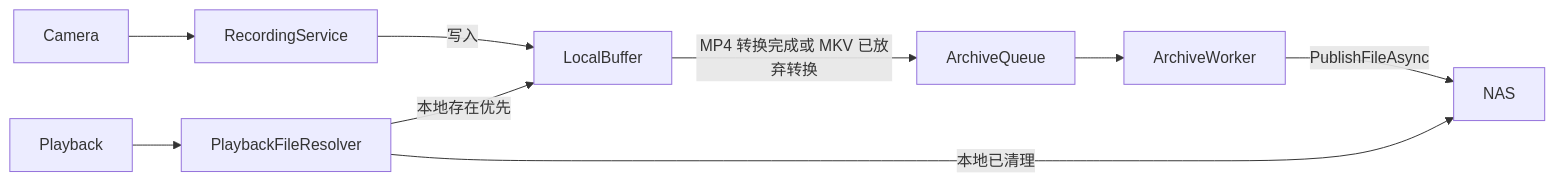
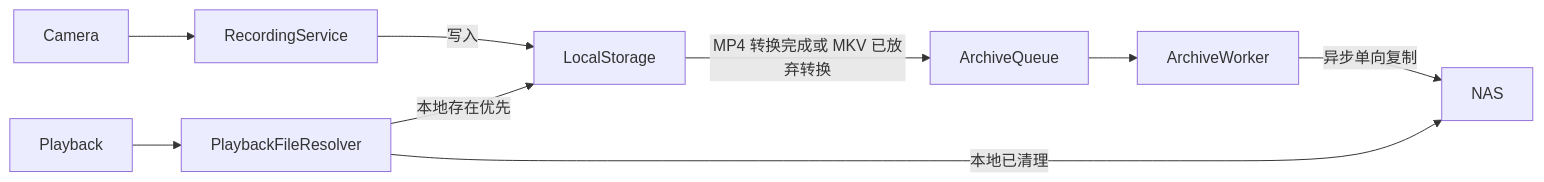
Before and after one commit to PackingProof/PackingProof-Desktop: the first of 4 diagrams in docs/nas-storage-architecture.md, drawn with Mermaid. The commit also changed other lines of this file and 12 other files, not shown here.

````diff
--- a/docs/nas-storage-architecture.md
+++ b/docs/nas-storage-architecture.md
@@ -7,11 +7,11 @@
 ```mermaid
 flowchart LR
     Camera --> RecordingService
-    RecordingService -->|写入| LocalBuffer
-    LocalBuffer -->|MP4 转换完成或 MKV 已放弃转换| ArchiveQueue
+    RecordingService -->|写入| LocalStorage
+    LocalStorage -->|MP4 转换完成或 MKV 已放弃转换| ArchiveQueue
     ArchiveQueue --> ArchiveWorker
-    ArchiveWorker -->|PublishFileAsync| NAS
+    ArchiveWorker -->|异步单向复制| NAS
     Playback --> PlaybackFileResolver
-    PlaybackFileResolver -->|本地存在优先| LocalBuffer
+    PlaybackFileResolver -->|本地存在优先| LocalStorage
     PlaybackFileResolver -->|本地已清理| NAS
 ```
````
